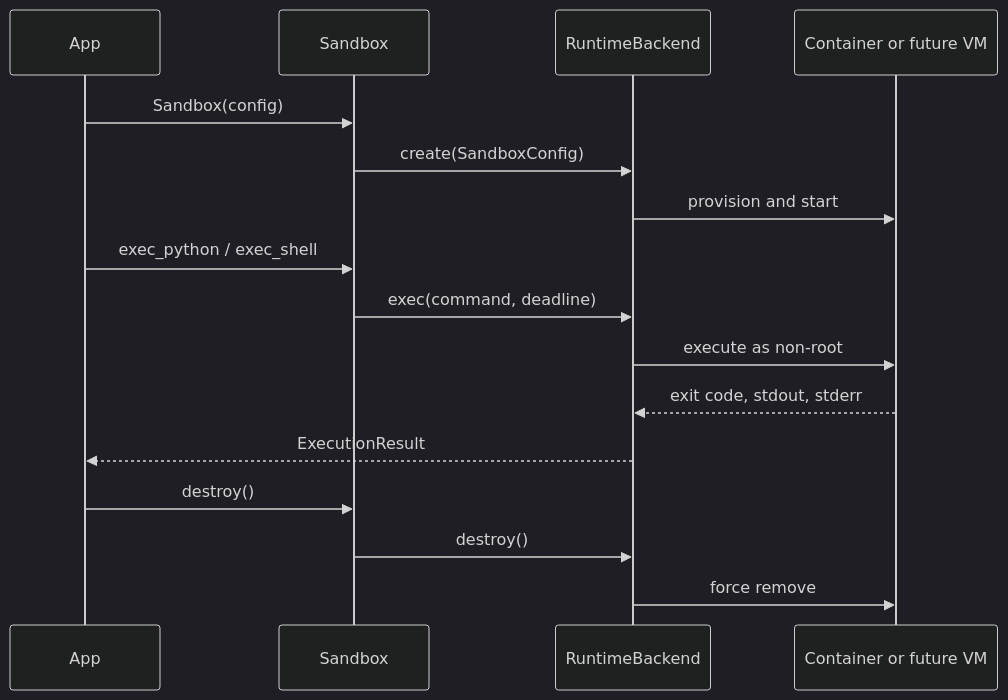
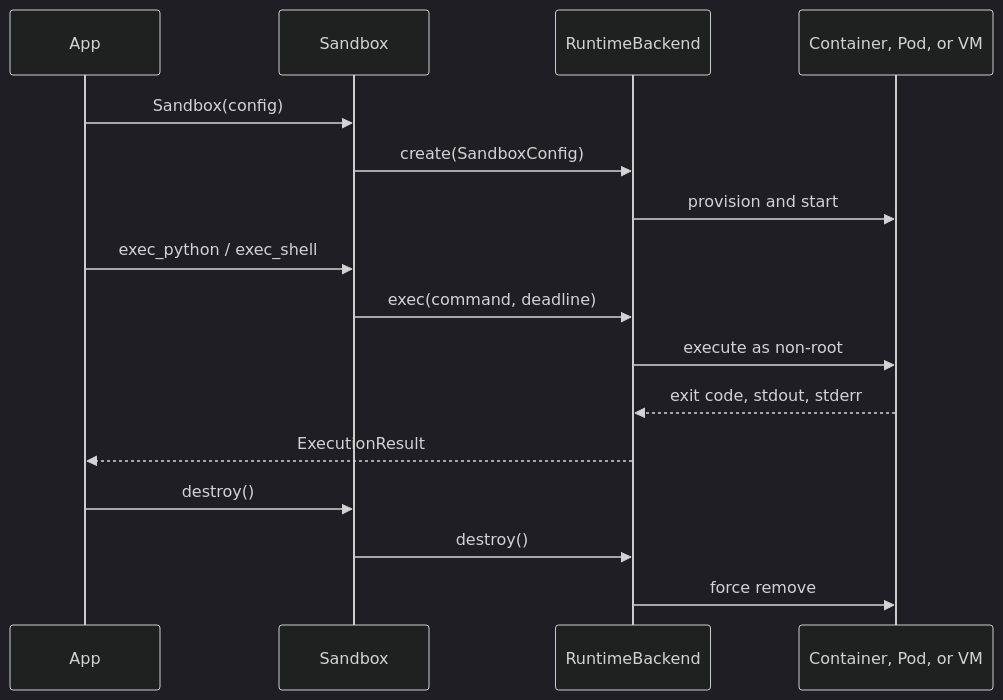
One commit to mihirahuja1/agentnestOSS changed the second of 2 diagrams in docs/architecture.md. Above: the diagram before and after it, drawn with Mermaid (dark theme). The commit also changed other lines of this file and 59 other files, not shown here.

````diff
--- a/docs/architecture.md
+++ b/docs/architecture.md
@@ -43,19 +47,19 @@
 ```mermaid
 sequenceDiagram
     participant App
     participant Sandbox
     participant Backend as RuntimeBackend
-    participant Isolation as Container or future VM
+    participant Isolation as Container, Pod, or VM
 
     App->>Sandbox: Sandbox(config)
     Sandbox->>Backend: create(SandboxConfig)
     Backend->>Isolation: provision and start
     App->>Sandbox: exec_python / exec_shell
     Sandbox->>Backend: exec(command, deadline)
     Backend->>Isolation: execute as non-root
     Isolation-->>Backend: exit code, stdout, stderr
     Backend-->>App: ExecutionResult
     App->>Sandbox: destroy()
     Sandbox->>Backend: destroy()
     Backend->>Isolation: force remove
 ```
````
